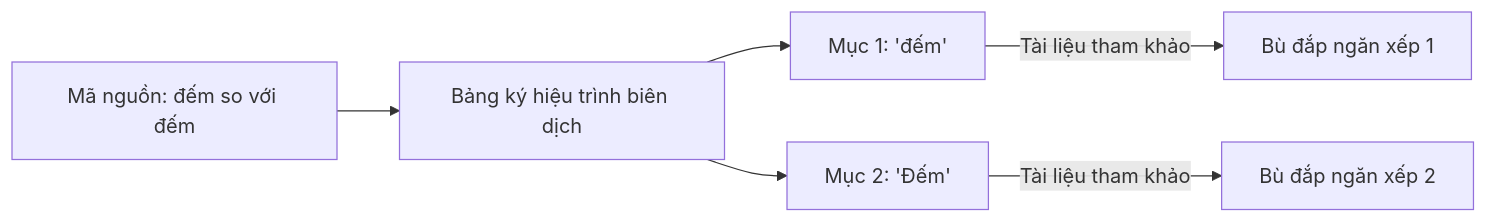
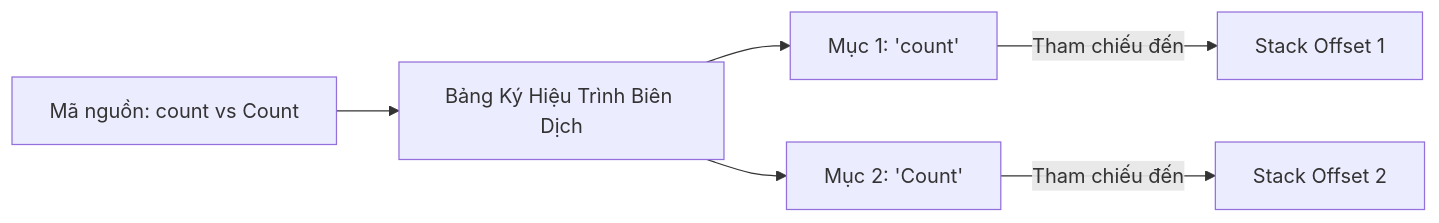
The second of 2 diagrams in vi/02-basic-syntax/theory/01-program-anatomy.md (PhuThien2005/theoretical-of-java-core), drawn with Mermaid before and after one commit. The commit also changed other lines of this file and 229 other files, not shown here.

````diff
--- a/vi/02-basic-syntax/theory/01-program-anatomy.md
+++ b/vi/02-basic-syntax/theory/01-program-anatomy.md
@@ -123,8 +123,8 @@
 ```mermaid
 flowchart LR
-    A["Mã nguồn: đếm so với đếm"] --> B["Bảng ký hiệu trình biên dịch"]
-    B --> C["Mục 1: 'đếm'"]
-    B --> D["Mục 2: 'Đếm'"]
-    C -->|Tài liệu tham khảo| E["Bù đắp ngăn xếp 1"]
-    D -->|Tài liệu tham khảo| F["Bù đắp ngăn xếp 2"]
+    A["Mã nguồn: count vs Count"] --> B["Bảng Ký Hiệu Trình Biên Dịch"]
+    B --> C["Mục 1: 'count'"]
+    B --> D["Mục 2: 'Count'"]
+    C -->|Tham chiếu đến| E["Stack Offset 1"]
+    D -->|Tham chiếu đến| F["Stack Offset 2"]
 ```
````
